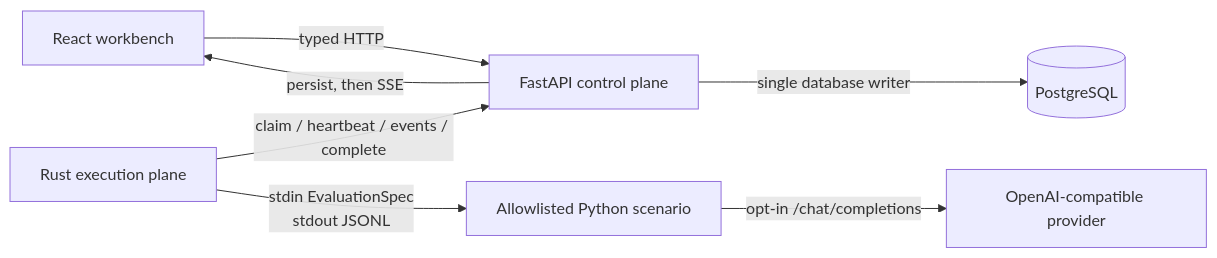
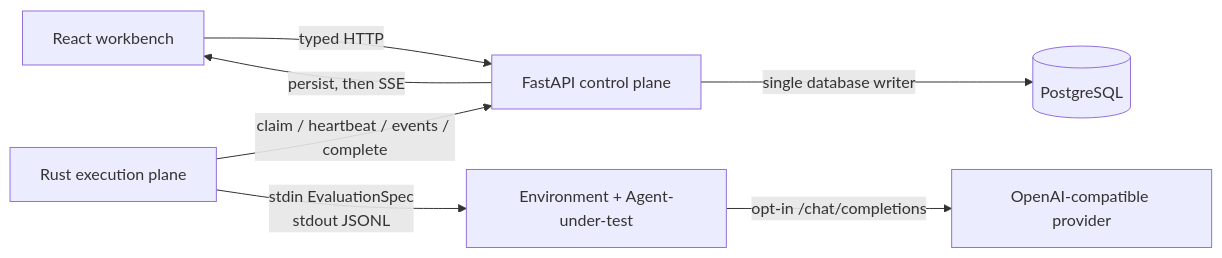
The second of 2 diagrams in README.md (GarrisonPJ/agent-ops-platform), drawn with Mermaid before and after one commit. The commit also changed other lines of this file and 32 other files, not shown here.

````diff
--- a/README.md
+++ b/README.md
@@ -103,9 +103,9 @@
 ```mermaid
 flowchart LR
     UI["React workbench"] -->|"typed HTTP"| API["FastAPI control plane"]
     API -->|"single database writer"| DB[("PostgreSQL")]
     API -->|"persist, then SSE"| UI
     Runner["Rust execution plane"] -->|"claim / heartbeat / events / complete"| API
-    Runner -->|"stdin EvaluationSpec<br/>stdout JSONL"| Agent["Allowlisted Python scenario"]
+    Runner -->|"stdin EvaluationSpec<br/>stdout JSONL"| Agent["Environment + Agent-under-test"]
     Agent -->|"opt-in /chat/completions"| Provider["OpenAI-compatible provider"]
 ```
````
